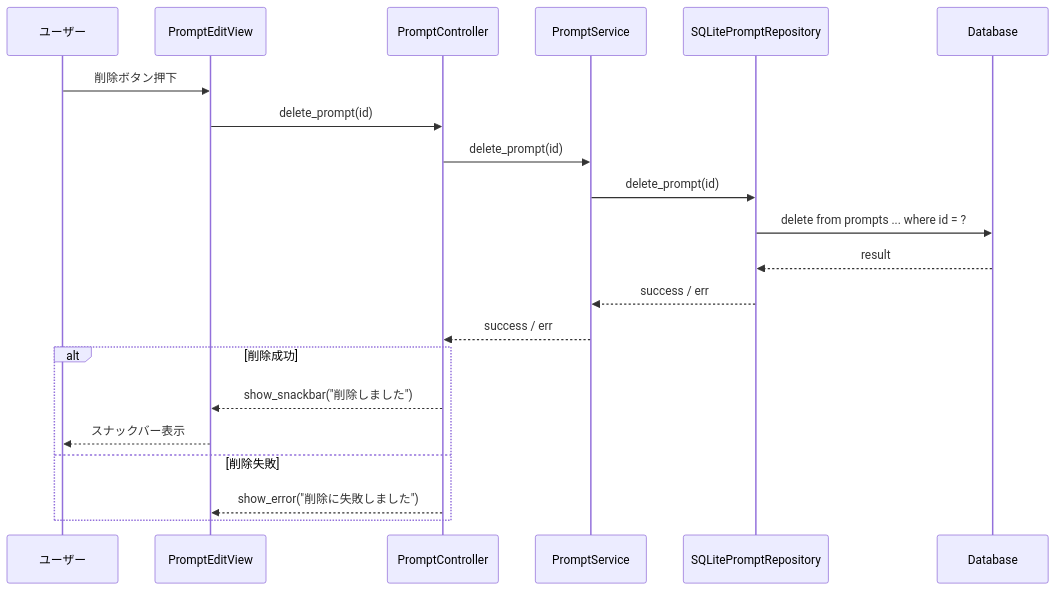
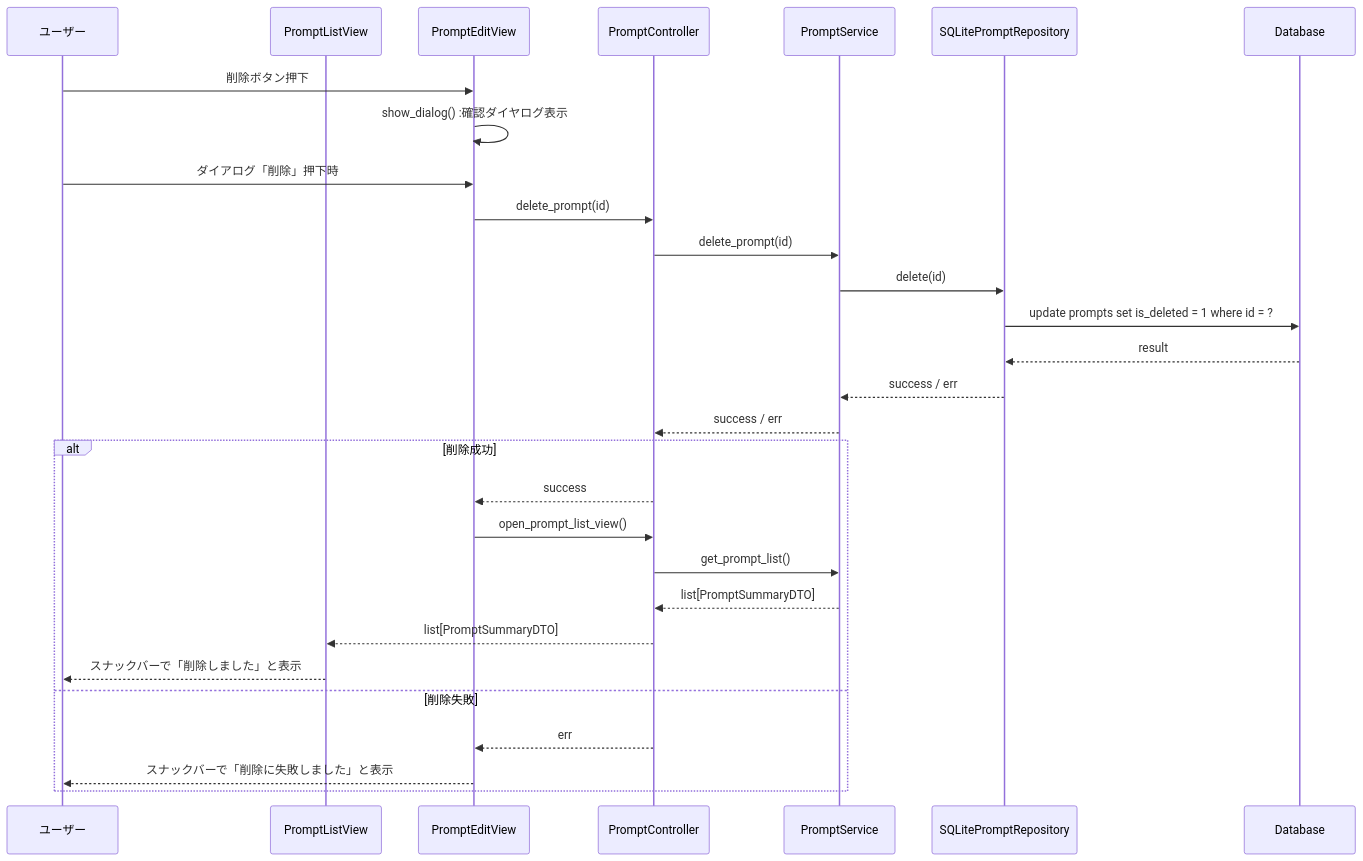
The fourth of 8 diagrams in docs/06_sequence_diagram.md (kuronyanko1108/prompt-manager), drawn with Mermaid before and after one commit. The commit also changed other lines of this file and 1 other file, not shown here.

Commit message:
update class_diagram,sequence_diagram

````diff
--- a/docs/06_sequence_diagram.md
+++ b/docs/06_sequence_diagram.md
@@ -103,34 +129,43 @@
 ```mermaid
 sequenceDiagram
 participant user as ユーザー
+participant list_view as PromptListView
 participant view as PromptEditView
 participant ctrl as PromptController
 participant service as PromptService
 participant repository as SQLitePromptRepository
 participant db as Database
 
 
-    user ->> view: 削除ボタン押下
-    
-    view ->> ctrl: delete_prompt(id)
-    
-    
-    
-    ctrl ->> service: delete_prompt(id)
+user ->> view: 削除ボタン押下
+view ->> view: show_dialog() :確認ダイヤログ表示
 
-    service ->> repository: delete_prompt(id)
+user ->> view: ダイアログ「削除」押下時
 
-    repository ->> db: delete from prompts  ... where id = ?;
-    
-    db -->> repository: result
-    repository -->> service: success / err
+view ->> ctrl: delete_prompt(id)
 
-        service -->> ctrl: success / err
-    alt 削除成功
-        ctrl -->> view: show_snackbar("削除しました")
-        view -->> user: スナックバー表示
-    else 削除失敗
-        ctrl -->> view: show_error("削除に失敗しました")
-    end
+ctrl ->> service: delete_prompt(id)
+
+service ->> repository: delete(id)
+
+repository ->> db: update prompts set is_deleted = 1 where id = ?
+
+db -->> repository: result
+repository -->> service: success / err
+
+service -->> ctrl: success / err
+
+alt 削除成功
+    ctrl -->> view: success
+    view ->> ctrl: open_prompt_list_view()
+    ctrl ->> service: get_prompt_list()
+    service -->> ctrl: list[PromptSummaryDTO]
+    ctrl -->> list_view: list[PromptSummaryDTO]
+    list_view -->> user: スナックバーで「削除しました」と表示
+
+else 削除失敗
+    ctrl -->> view: err
+    view -->> user: スナックバーで「削除に失敗しました」と表示
+end
 
 ```
````
